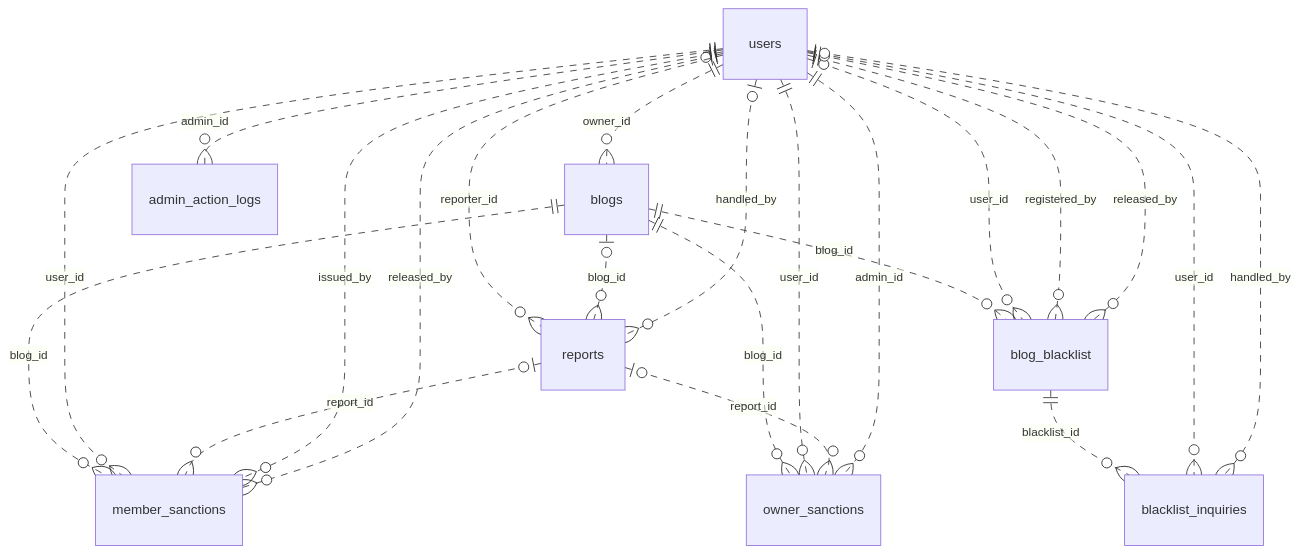
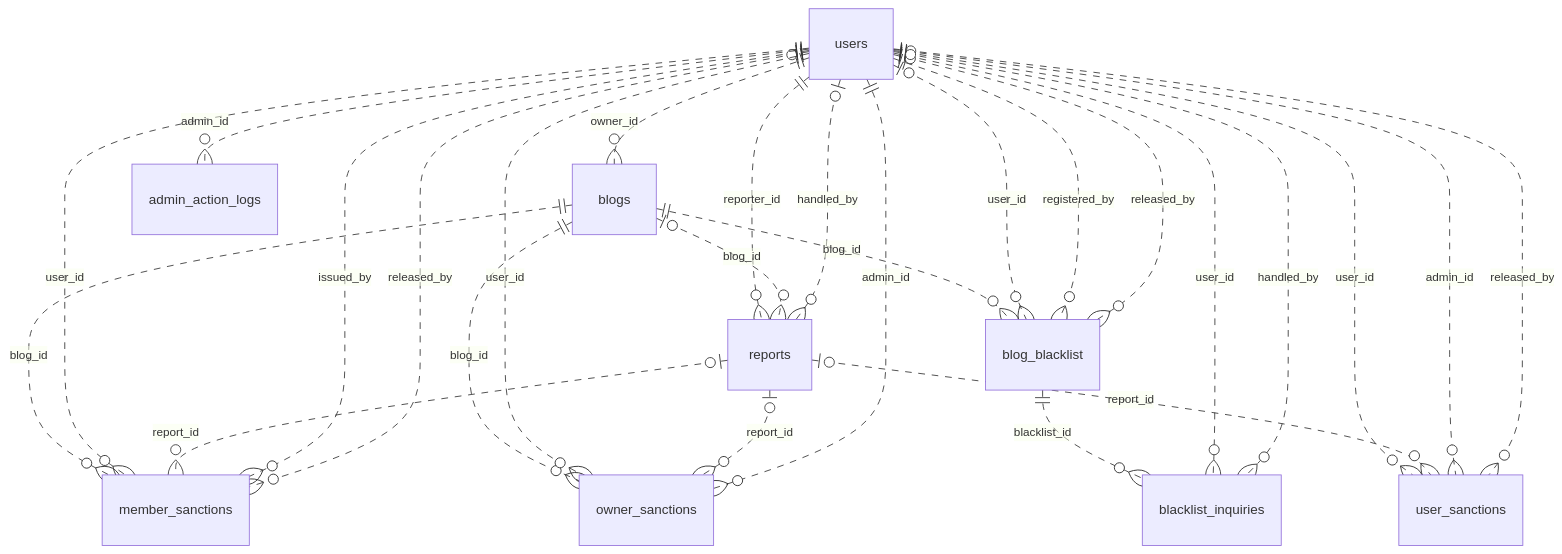
One commit to blogJJ/blog-docs changed the third of 4 diagrams in docs/02-database/요구사항분석서_3_DB설계_ERD.md. Above: the diagram before and after it, drawn with Mermaid. The commit also changed other lines of this file and 14 other files, not shown here.

First line of the commit message:
Add main-admin account suspension for main-profile reports (D-99, D-100)

````diff
--- a/docs/02-database/요구사항분석서_3_DB설계_ERD.md
+++ b/docs/02-database/요구사항분석서_3_DB설계_ERD.md
@@ -196,24 +200,28 @@
 ```mermaid
 erDiagram
     users ||..o{ blogs : owner_id
     blogs ||..o{ member_sanctions : blog_id
     users ||..o{ member_sanctions : user_id
     reports |o..o{ member_sanctions : report_id
     users ||..o{ member_sanctions : issued_by
     users |o..o{ member_sanctions : released_by
     blogs ||..o{ owner_sanctions : blog_id
     users ||..o{ owner_sanctions : user_id
     reports |o..o{ owner_sanctions : report_id
     users ||..o{ owner_sanctions : admin_id
+    users ||..o{ user_sanctions : user_id
+    reports |o..o{ user_sanctions : report_id
+    users ||..o{ user_sanctions : admin_id
+    users |o..o{ user_sanctions : released_by
     blogs ||..o{ blog_blacklist : blog_id
     users |o..o{ blog_blacklist : user_id
     users ||..o{ blog_blacklist : registered_by
     users |o..o{ blog_blacklist : released_by
     blog_blacklist ||..o{ blacklist_inquiries : blacklist_id
     users ||..o{ blacklist_inquiries : user_id
     users |o..o{ blacklist_inquiries : handled_by
     users ||..o{ reports : reporter_id
     blogs |o..o{ reports : blog_id
     users |o..o{ reports : handled_by
     users ||..o{ admin_action_logs : admin_id
 ```
````
